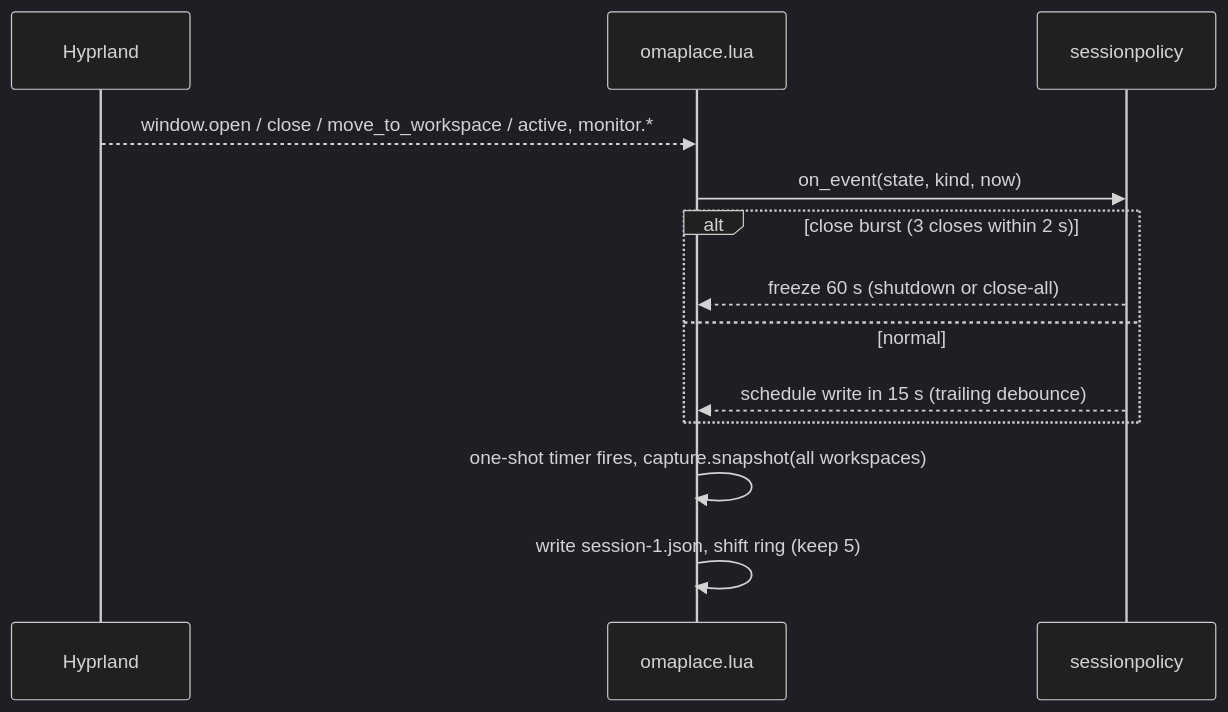
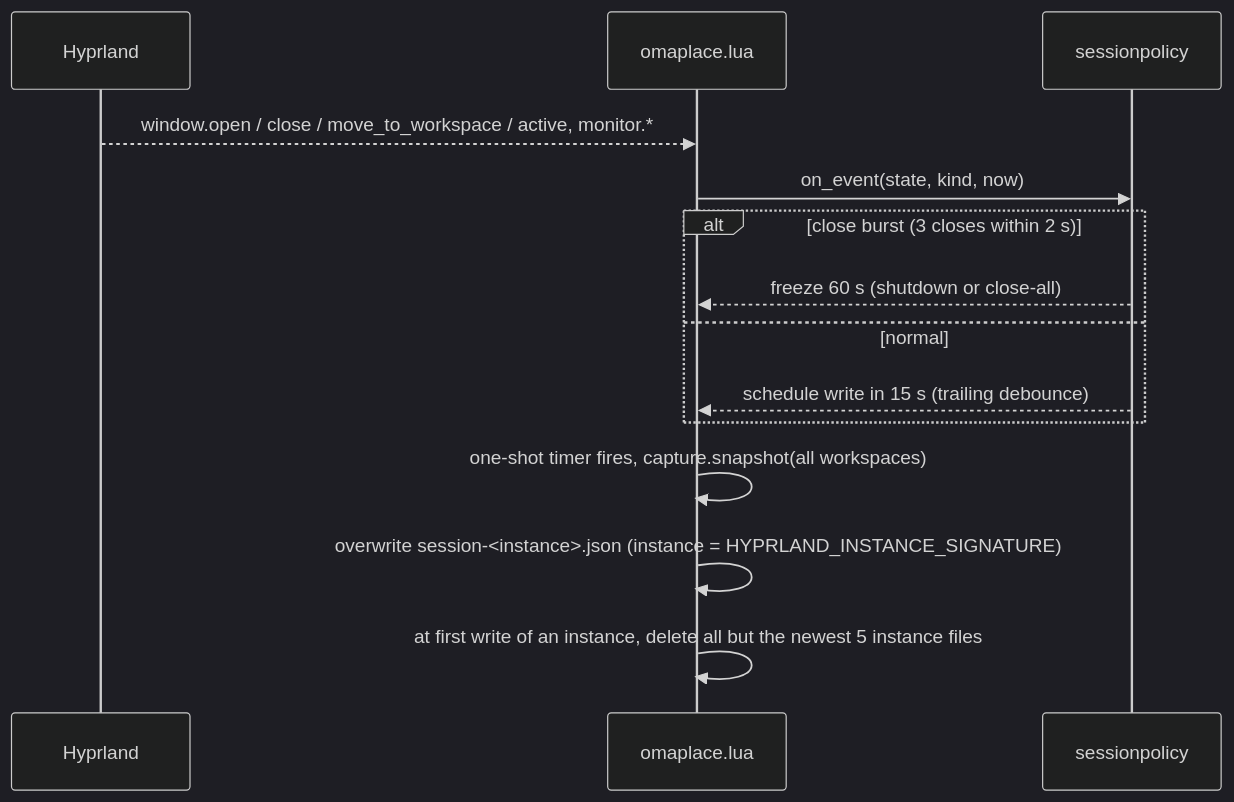
One commit to felipecpaiva/omaplace changed the fifth of 5 diagrams in docs/design.md. Above: the diagram before and after it, drawn with Mermaid (dark theme). The commit also changed other lines of this file and 1 other file, not shown here.

Commit message:
Design: shell IPC contract, per-instance session files, rules yield to runs, shell quoting, file ownership order

````diff
--- a/docs/design.md
+++ b/docs/design.md
@@ -435,15 +449,16 @@
 ```mermaid
 sequenceDiagram
   participant H as Hyprland
   participant G as omaplace.lua
   participant P as sessionpolicy
   H-->>G: window.open / close / move_to_workspace / active, monitor.*
   G->>P: on_event(state, kind, now)
   alt close burst (3 closes within 2 s)
     P-->>G: freeze 60 s (shutdown or close-all)
   else normal
     P-->>G: schedule write in 15 s (trailing debounce)
   end
   G->>G: one-shot timer fires, capture.snapshot(all workspaces)
-  G->>G: write session-1.json, shift ring (keep 5)
+  G->>G: overwrite session-<instance>.json (instance = HYPRLAND_INSTANCE_SIGNATURE)
+  G->>G: at first write of an instance, delete all but the newest 5 instance files
 ```
````
